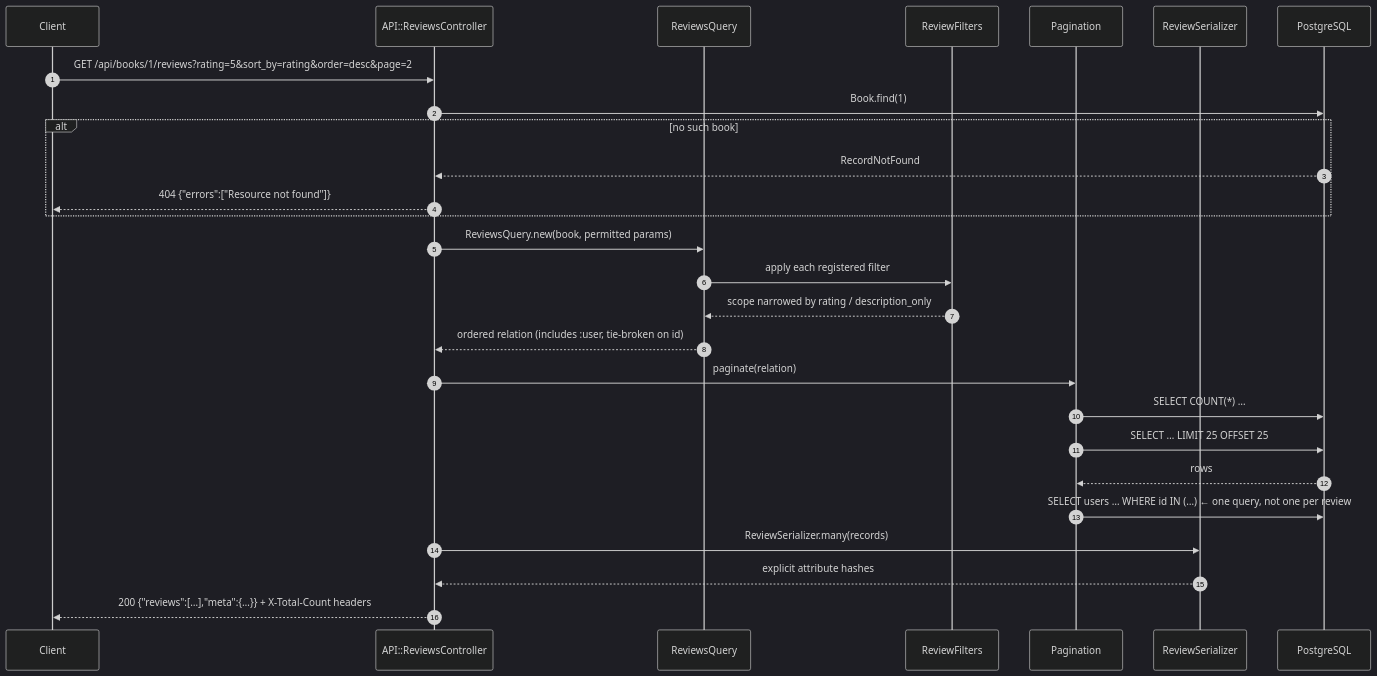
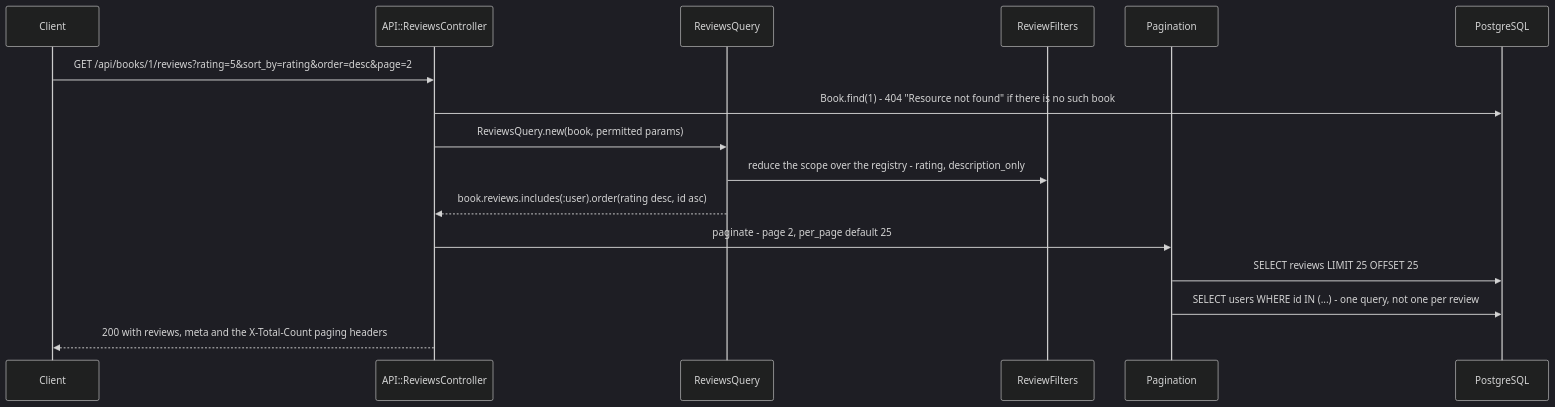
One commit to dev-sas002/book-reviews changed the second of 2 diagrams in README.md. Above: the diagram before and after it, drawn with Mermaid (dark theme). The commit also changed other lines of this file, not shown here.

````diff
--- a/README.md
+++ b/README.md
@@ -230,30 +90,18 @@
 ```mermaid
 sequenceDiagram
-    autonumber
     participant C as Client
-    participant R as API::ReviewsController
+    participant Ctl as API::ReviewsController
     participant Q as ReviewsQuery
     participant F as ReviewFilters
     participant P as Pagination
-    participant S as ReviewSerializer
     participant DB as PostgreSQL
-
-    C->>R: GET /api/books/1/reviews?rating=5&sort_by=rating&order=desc&page=2
-    R->>DB: Book.find(1)
-    alt no such book
-        DB-->>R: RecordNotFound
-        R-->>C: 404 {"errors":["Resource not found"]}
-    end
-    R->>Q: ReviewsQuery.new(book, permitted params)
-    Q->>F: apply each registered filter
-    F-->>Q: scope narrowed by rating / description_only
-    Q-->>R: ordered relation (includes :user, tie-broken on id)
-    R->>P: paginate(relation)
-    P->>DB: SELECT COUNT(*) …
-    P->>DB: SELECT … LIMIT 25 OFFSET 25
-    DB-->>P: rows
-    P->>DB: SELECT users … WHERE id IN (…)  ← one query, not one per review
-    R->>S: ReviewSerializer.many(records)
-    S-->>R: explicit attribute hashes
-    R-->>C: 200 {"reviews":[…],"meta":{…}} + X-Total-Count headers
+    C->>Ctl: GET /api/books/1/reviews?rating=5&sort_by=rating&order=desc&page=2
+    Ctl->>DB: Book.find(1) - 404 "Resource not found" if there is no such book
+    Ctl->>Q: ReviewsQuery.new(book, permitted params)
+    Q->>F: reduce the scope over the registry - rating, description_only
+    Q-->>Ctl: book.reviews.includes(:user).order(rating desc, id asc)
+    Ctl->>P: paginate - page 2, per_page default 25
+    P->>DB: SELECT reviews LIMIT 25 OFFSET 25
+    P->>DB: SELECT users WHERE id IN (...) - one query, not one per review
+    Ctl-->>C: 200 with reviews, meta and the X-Total-Count paging headers
 ```
````
